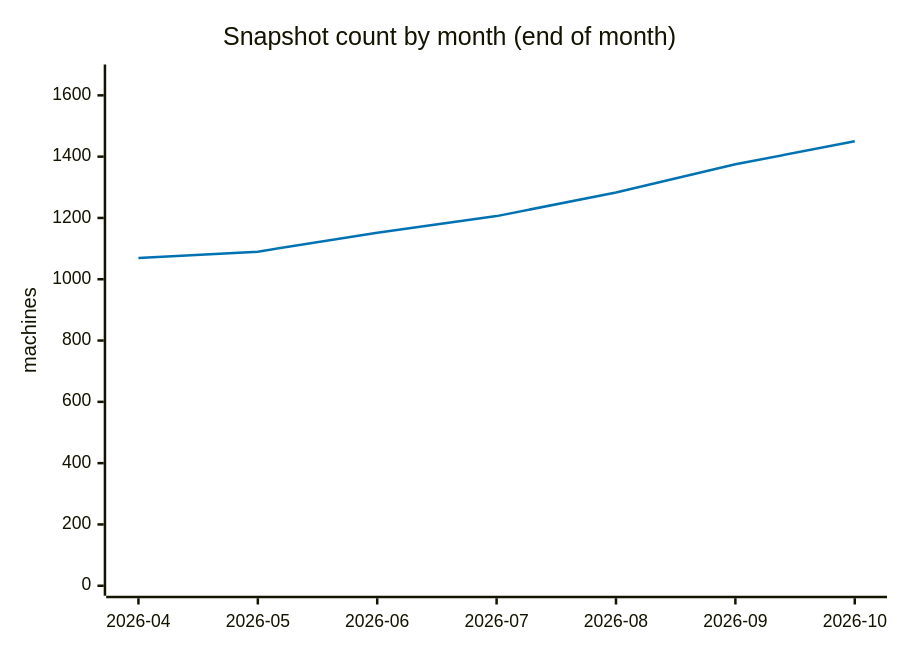
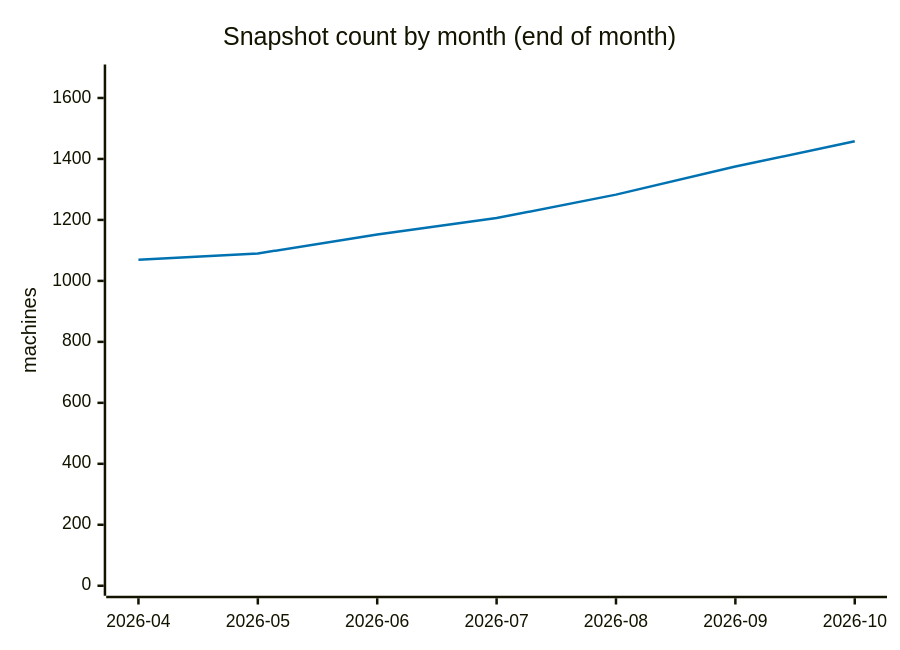
The fourth of 5 diagrams in ANALYSIS.md (cheeaun/returnright-data), drawn with Mermaid before and after one commit. The commit also changed other lines of this file and 4 other files, not shown here.

````diff
--- a/ANALYSIS.md
+++ b/ANALYSIS.md
@@ -247,13 +247,13 @@
 ```mermaid
 ---
 config:
   themeVariables:
     xyChart:
       plotColorPalette: "#0072B2"
 ---
 xychart-beta
     title "Snapshot count by month (end of month)"
     x-axis ["2026-04", "2026-05", "2026-06", "2026-07", "2026-08", "2026-09", "2026-10"]
-    y-axis "machines" 0 --> 1668
-    line [1069, 1090, 1152, 1206, 1283, 1375, 1450]
+    y-axis "machines" 0 --> 1677
+    line [1069, 1090, 1152, 1206, 1283, 1375, 1458]
 ```
````
